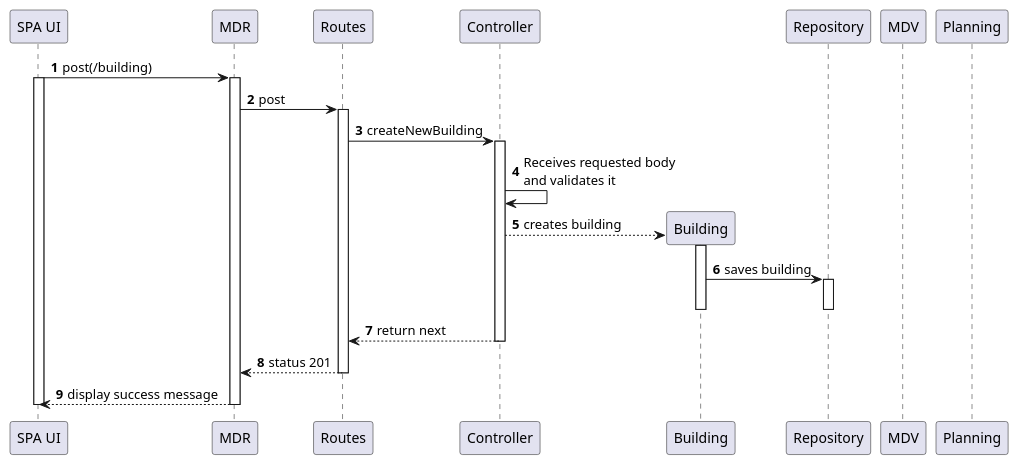
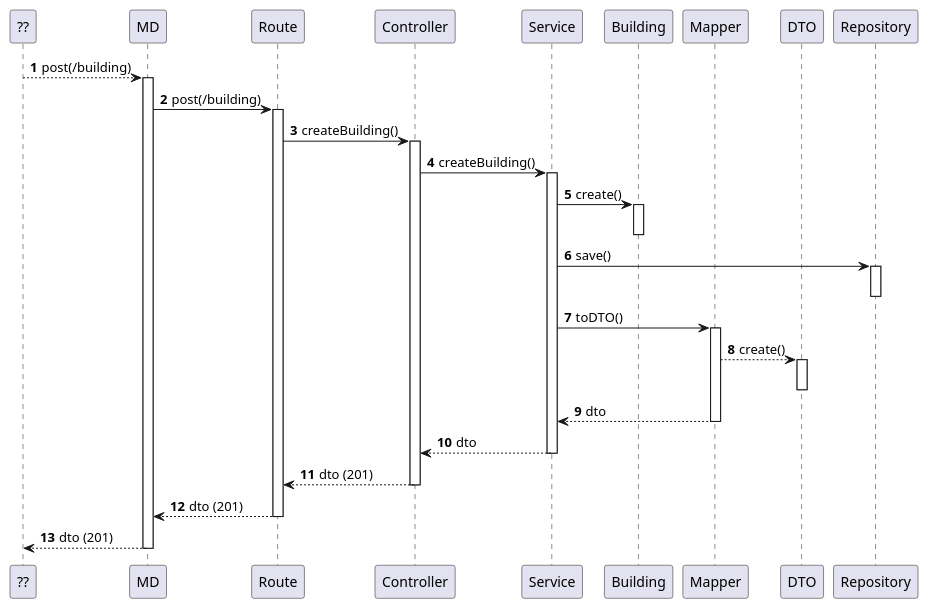
One commit to Departamento-de-Engenharia-Informatica/lapr5-23-24-g19 changed the diagram in docs/level_3/Processes Views/SD_US150.puml. Above: the diagram before and after it, drawn with PlantUML. The commit also changed 1 other file, not shown here.

```diff
--- a/docs/level_3/Processes Views/SD_US150.puml
+++ b/docs/level_3/Processes Views/SD_US150.puml
@@ -1,49 +1,57 @@
 @startuml
 autonumber
 
-'Single Page Application(SPA)
-participant "SPA UI" as ui
-participant "MDR" as mdr
-participant "Routes" as r
+participant "??" as ui
+
+participant "MD" as mdr
+participant "Route" as r
 participant "Controller" as ctrl
+participant "Service" as svc
+
 participant "Building" as b
+participant "Mapper" as map
+participant "DTO" as dto
+
 participant "Repository" as repo
-participant "MDV" as mdv
-participant "Planning" as plg
 
 
-ui -> mdr: post(/building)
-activate ui
-activate mdr
-mdr -> r : post
+'activate ui
+ui --> mdr: post(/building)
+    activate mdr
+    mdr -> r : post(/building)
 
+    activate r
+        r -> ctrl : createBuilding()
+            activate ctrl
+                ctrl -> svc : createBuilding()
+                activate svc
+                    svc -> b : create()
+                    activate b
+                    deactivate b
 
-activate r
-r -> ctrl : createNewBuilding
-activate ctrl
-ctrl -> ctrl : Receives requested body \nand validates it
-ctrl --> b **: creates building
-activate b
-b -> repo: saves building
+                    svc -> repo : save()
+                    activate repo
+                    deactivate repo
 
-activate repo
-deactivate repo
-deactivate b
+                    svc -> map : toDTO()
+                    activate map
+                        map --> dto : create()
+                        activate dto
+                        deactivate dto
+                        map --> svc : dto
+                    deactivate map
 
-ctrl --> r : return next
+                    svc --> ctrl : dto
+                deactivate svc
 
-deactivate ctrl
+                ctrl --> r : dto (201)
+            deactivate ctrl
 
-r --> mdr : status 201
-deactivate r
+        r --> mdr : dto (201)
+        deactivate r
 
-mdr --> ui: display success message
-
-deactivate mdr
-deactivate ui
-
-
-
-
+    mdr --> ui: dto (201)
+    deactivate mdr
+'deactivate ui
 
 @enduml
```
